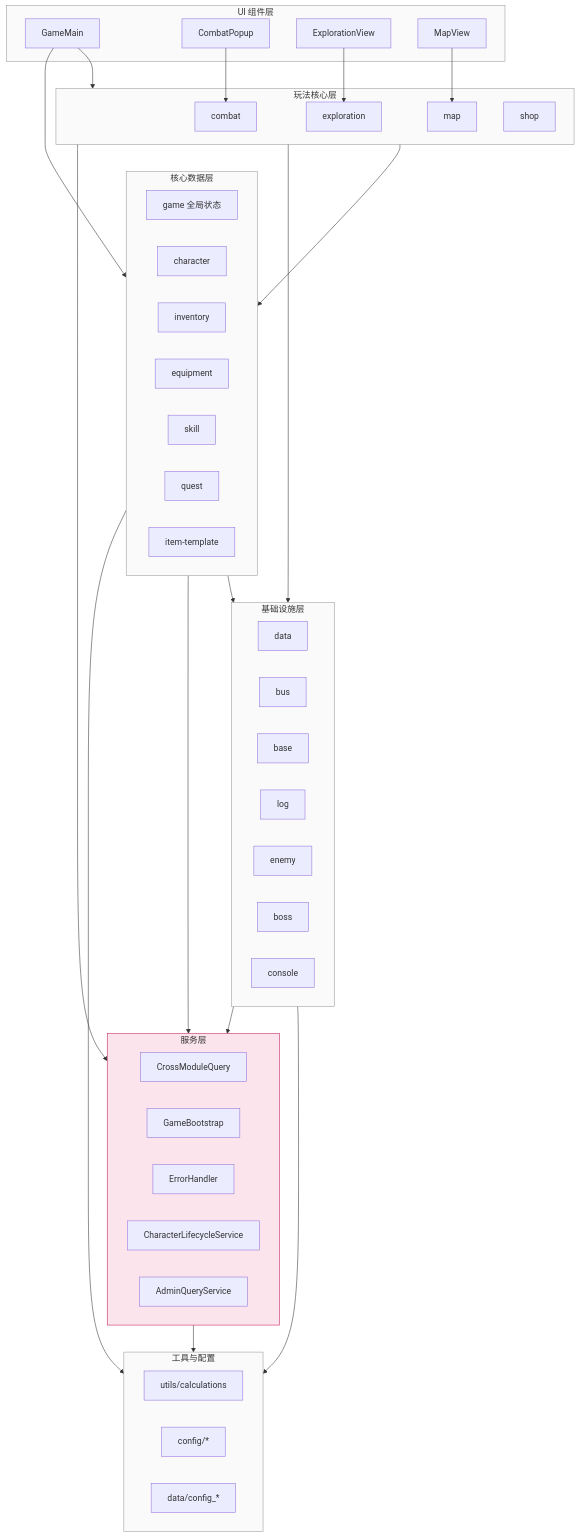
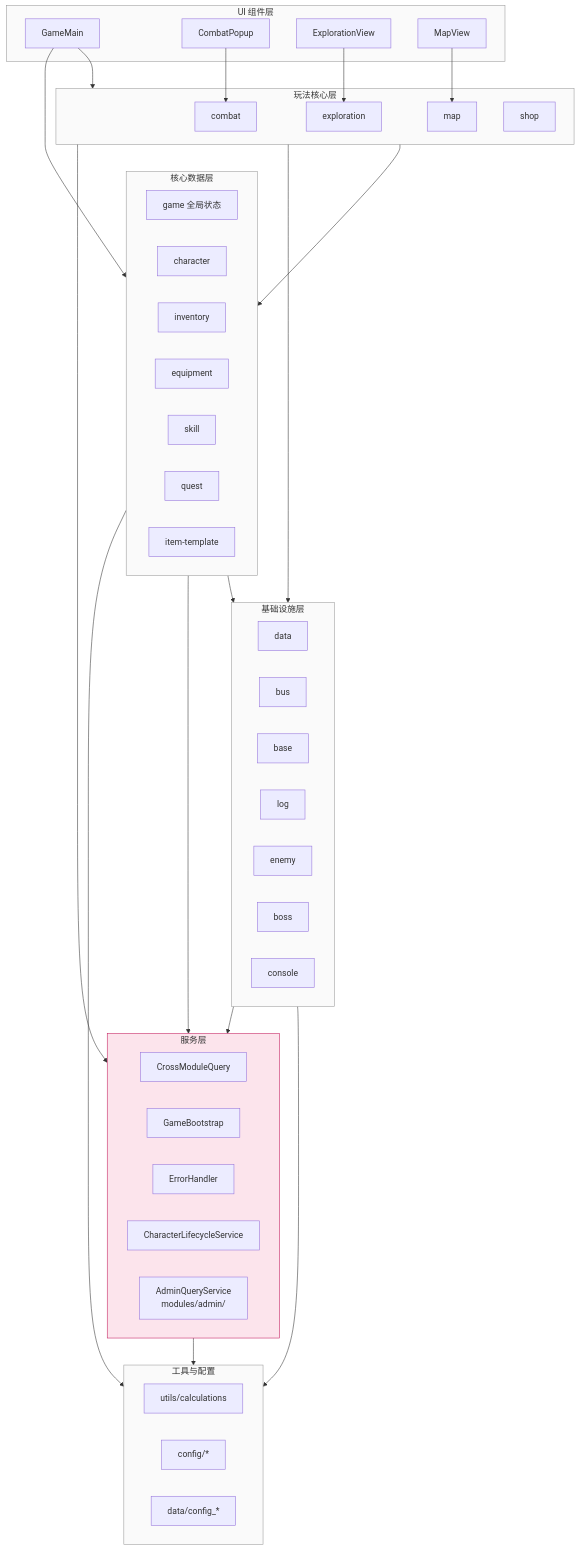
Before and after one commit to SonDemigods/wow_dnd: the second of 11 diagrams in doc/project/DEPENDENCY_GRAPH.md, drawn with Mermaid. The commit also changed other lines of this file and 9 other files, not shown here.

````diff
--- a/doc/project/DEPENDENCY_GRAPH.md
+++ b/doc/project/DEPENDENCY_GRAPH.md
@@ -214,74 +214,74 @@
 ```mermaid
 graph TD
     subgraph L4[UI 组件层]
         GameMain
         CombatPopup
         ExplorationView
         MapView
     end
 
     subgraph L3[玩法核心层]
         combat
         exploration
         map
         shop
     end
 
     subgraph L2[核心数据层]
         game[game 全局状态]
         character
         inventory
         equipment
         skill
         quest
         itemTemplate[item-template]
     end
 
     subgraph L1[基础设施层]
         data
         bus
         base
         log
         enemy
         boss
         console
     end
 
     subgraph S[服务层]
         crossModuleQuery[CrossModuleQuery]
         gameBootstrap[GameBootstrap]
         errorHandler[ErrorHandler]
         characterLifecycle[CharacterLifecycleService]
-        adminQuery[AdminQueryService]
+        adminQuery[AdminQueryService<br/>modules/admin/]
     end
 
     subgraph L0[工具与配置]
         calculations[utils/calculations]
         config[config/*]
         dataFiles[data/config_*]
     end
 
     GameMain --> L3
     GameMain --> L2
     CombatPopup --> combat
     ExplorationView --> exploration
     MapView --> map
 
     L3 --> L2
     L3 --> L1
     L3 --> S
 
     L2 --> L1
     L2 --> S
     L2 --> L0
 
     L1 --> L0
     L1 --> S
 
     S --> L0
 
     classDef layer fill:#fafafa,stroke:#999
     classDef serviceLayer fill:#fce4ec,stroke:#c2185b
     class L4,L3,L2,L1,L0 layer
     class S serviceLayer
 ```
````
